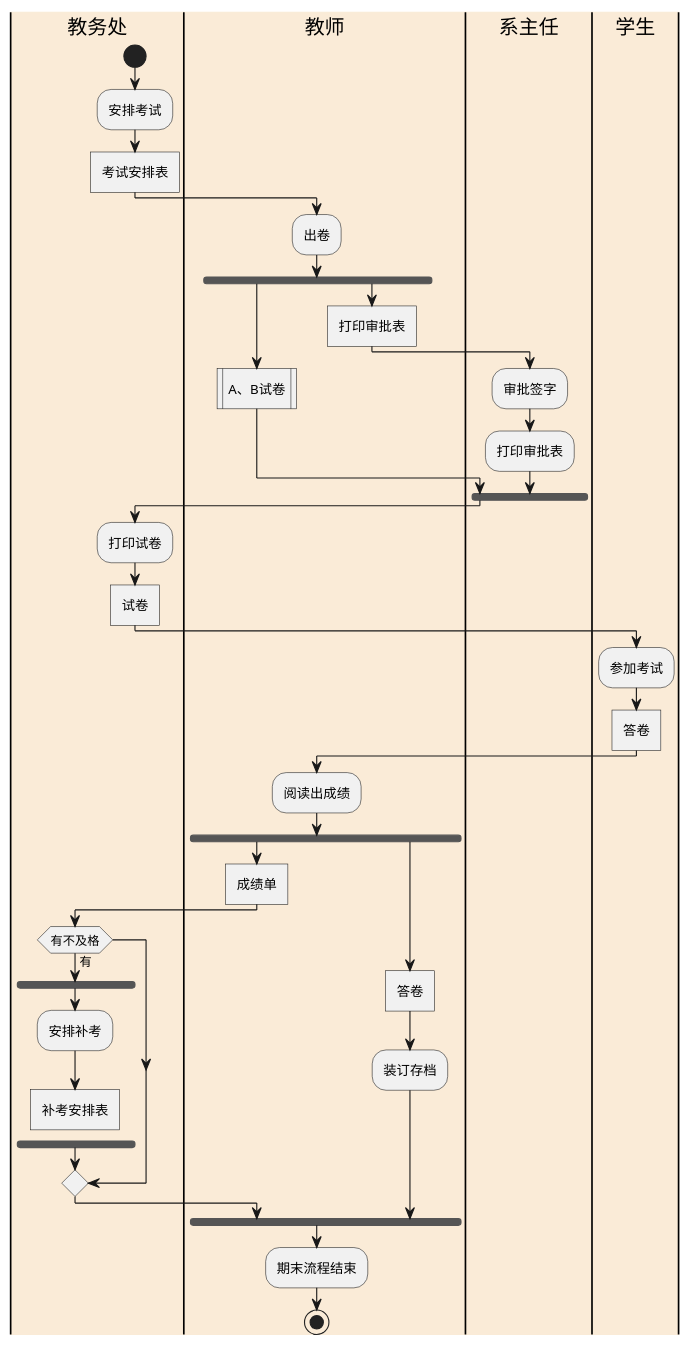
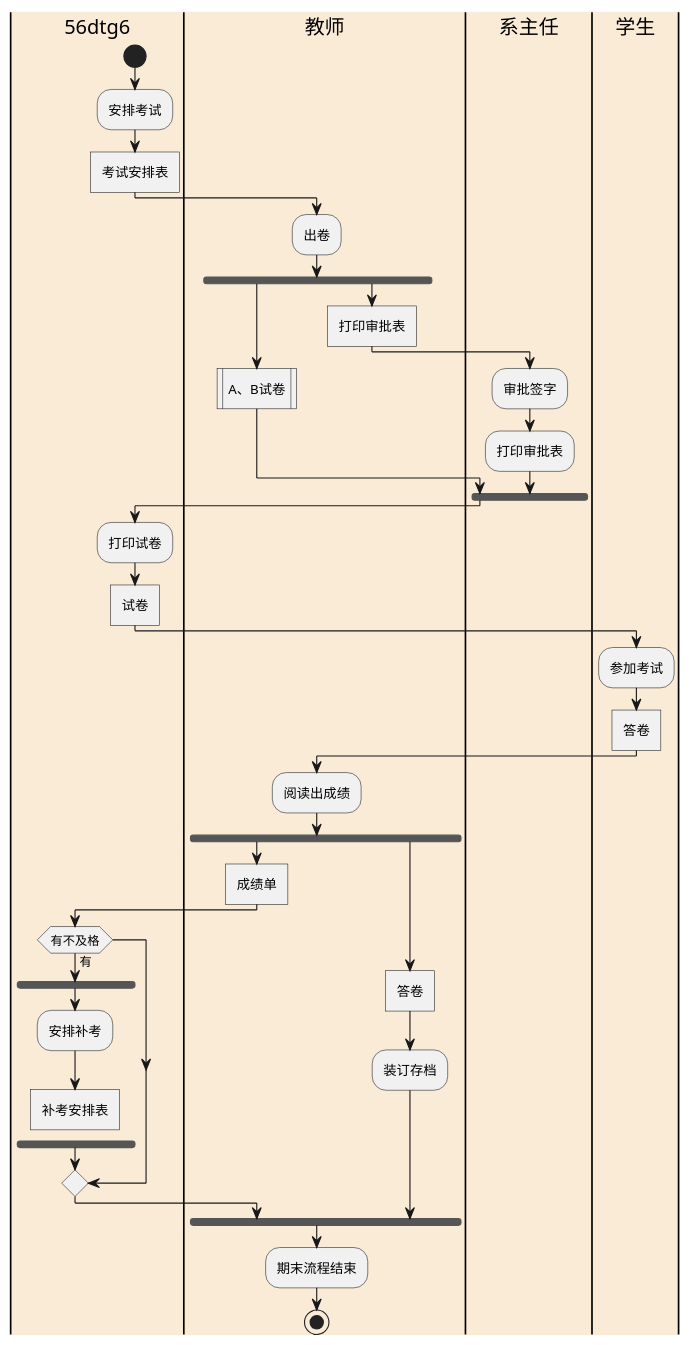
Before and after one commit to Neddy1995/is_analysis: the diagram in test1/flow1.puml, drawn with PlantUML. The commit also changed 7 other files, not shown here.

```diff
--- a/test1/flow1.puml
+++ b/test1/flow1.puml
@@ -1,41 +1,41 @@
 @startuml
-|教务处|
+|教务处|56dtg6
 start
 :安排考试;
 :考试安排表]
 |#AntiqueWhite|教师|
 :出卷;
 fork
     :A、B试卷|
 fork again
     :打印审批表]
 |#AntiqueWhite|系主任|
     :审批签字;
     :打印审批表;
 end fork
 |#AntiqueWhite|教务处|
 :打印试卷;
 :试卷]
 |#AntiqueWhite|学生|
 :参加考试;
 :答卷]
 |#AntiqueWhite|教师|
 :阅读出成绩;
 fork
     :成绩单]
 |#AntiqueWhite|教务处|
 if (有不及格) then (有)
     fork
     :安排补考;
     :补考安排表]
     detach
     end fork
 endif
 |#AntiqueWhite|教师|
 fork again
     :答卷]
     :装订存档;
 end fork
 :期末流程结束;
 stop
 @enduml
```
